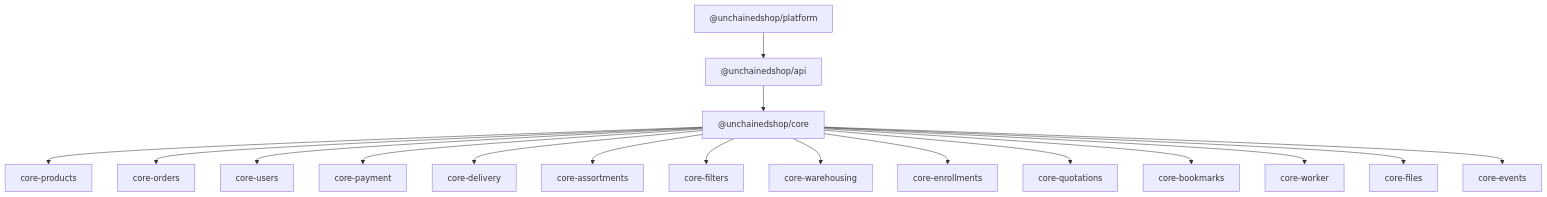
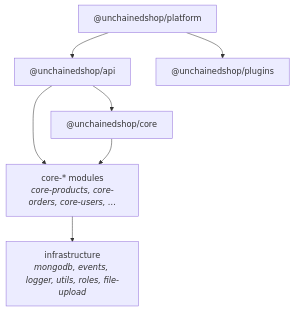
Before and after one commit to unchainedshop/unchained: the second of 2 diagrams in docs/docs/concepts/architecture.md, drawn with Mermaid. The commit also changed other lines of this file and 165 other files, not shown here.

````diff
--- a/docs/docs/concepts/architecture.md
+++ b/docs/docs/concepts/architecture.md
@@ -149,19 +146,9 @@
 ```mermaid
 flowchart TD
     platform["@unchainedshop/platform"] --> api["@unchainedshop/api"]
+    platform --> plugins["@unchainedshop/plugins"]
     api --> core["@unchainedshop/core"]
-    core --> products["core-products"]
-    core --> orders["core-orders"]
-    core --> users["core-users"]
-    core --> payment["core-payment"]
-    core --> delivery["core-delivery"]
-    core --> assortments["core-assortments"]
-    core --> filters["core-filters"]
-    core --> warehousing["core-warehousing"]
-    core --> enrollments["core-enrollments"]
-    core --> quotations["core-quotations"]
-    core --> bookmarks["core-bookmarks"]
-    core --> worker["core-worker"]
-    core --> files["core-files"]
-    core --> events["core-events"]
+    api --> coremods["core-* modules<br/><i>core-products, core-orders, core-users, …</i>"]
+    core --> coremods
+    coremods --> infra["infrastructure<br/><i>mongodb, events, logger, utils, roles, file-upload</i>"]
 ```
````
